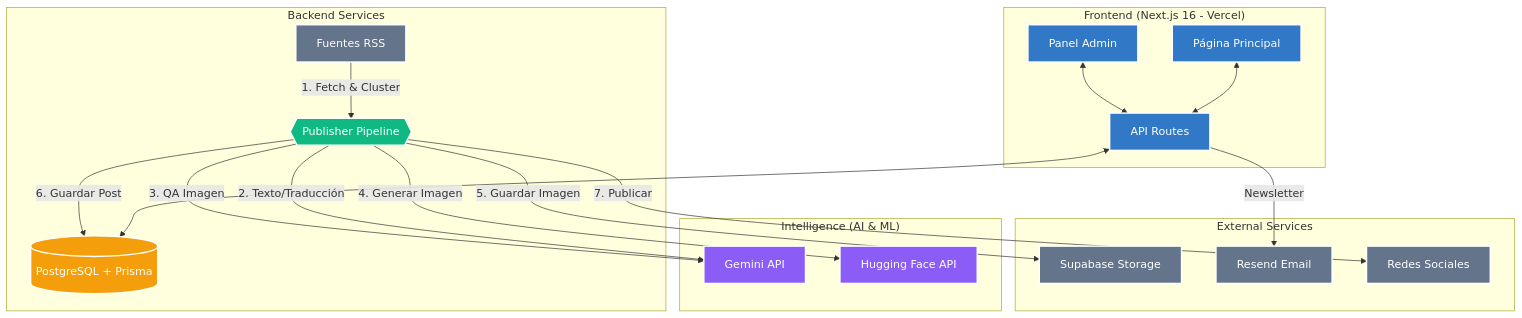
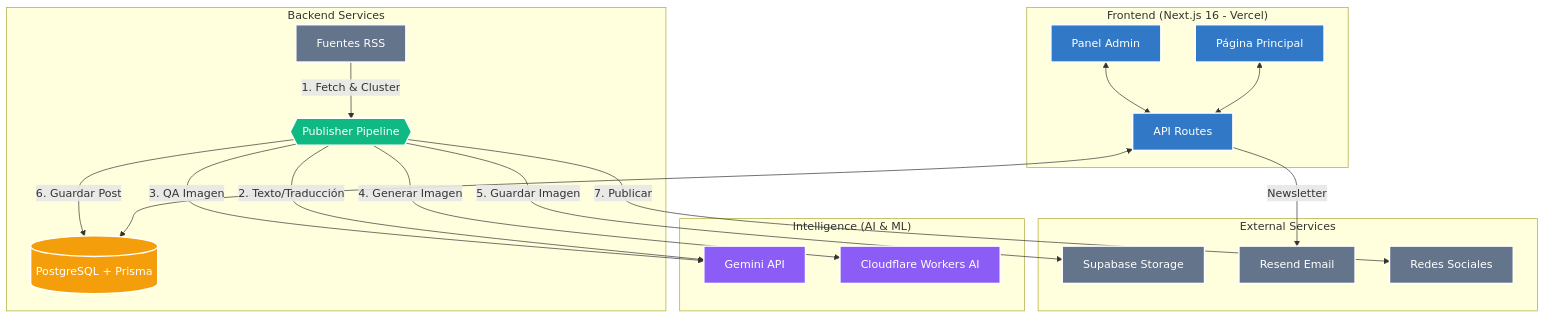
The diagram in docs/01 - Arquitectura.md (CarlosEmerito/EmeDotEme), drawn with Mermaid before and after one commit. The commit also changed other lines of this file and 31 other files, not shown here.

````diff
--- a/docs/01 - Arquitectura.md
+++ b/docs/01 - Arquitectura.md
@@ -9,47 +9,47 @@
 ```mermaid
 graph TB
     %% Definición de estilos
     classDef frontend fill:#3178c6,stroke:#fff,stroke-width:2px,color:#fff;
     classDef backend fill:#10b981,stroke:#fff,stroke-width:2px,color:#fff;
     classDef ai fill:#8b5cf6,stroke:#fff,stroke-width:2px,color:#fff;
     classDef db fill:#f59e0b,stroke:#fff,stroke-width:2px,color:#fff;
     classDef external fill:#64748b,stroke:#fff,stroke-width:2px,color:#fff;
 
     subgraph "Frontend (Next.js 16 - Vercel)"
         UI[Página Principal]:::frontend
         Admin[Panel Admin]:::frontend
         API[API Routes]:::frontend
     end
 
     subgraph "Backend Services"
         DB[(PostgreSQL + Prisma)]:::db
         Pipeline{{"Publisher Pipeline"}}:::backend
         RSS[Fuentes RSS]:::external
     end
 
     subgraph "Intelligence (AI & ML)"
         Gemini[Gemini API]:::ai
-        HF[Hugging Face API]:::ai
+        CF[Cloudflare Workers AI]:::ai
     end
 
     subgraph "External Services"
         Supa[Supabase Storage]:::external
         Resend[Resend Email]:::external
         Social[Redes Sociales]:::external
     end
 
     %% Data Flow
     UI <--> API
     Admin <--> API
     API <--> DB
     
     %% Pipeline Flow
     RSS -- "1. Fetch & Cluster" --> Pipeline
     Pipeline -- "2. Texto/Traducción" --> Gemini
     Pipeline -- "3. QA Imagen" --> Gemini
-    Pipeline -- "4. Generar Imagen" --> HF
+    Pipeline -- "4. Generar Imagen" --> CF
     Pipeline -- "5. Guardar Imagen" --> Supa
     Pipeline -- "6. Guardar Post" --> DB
     Pipeline -- "7. Publicar" --> Social
     API -- "Newsletter" --> Resend
 ```
````
